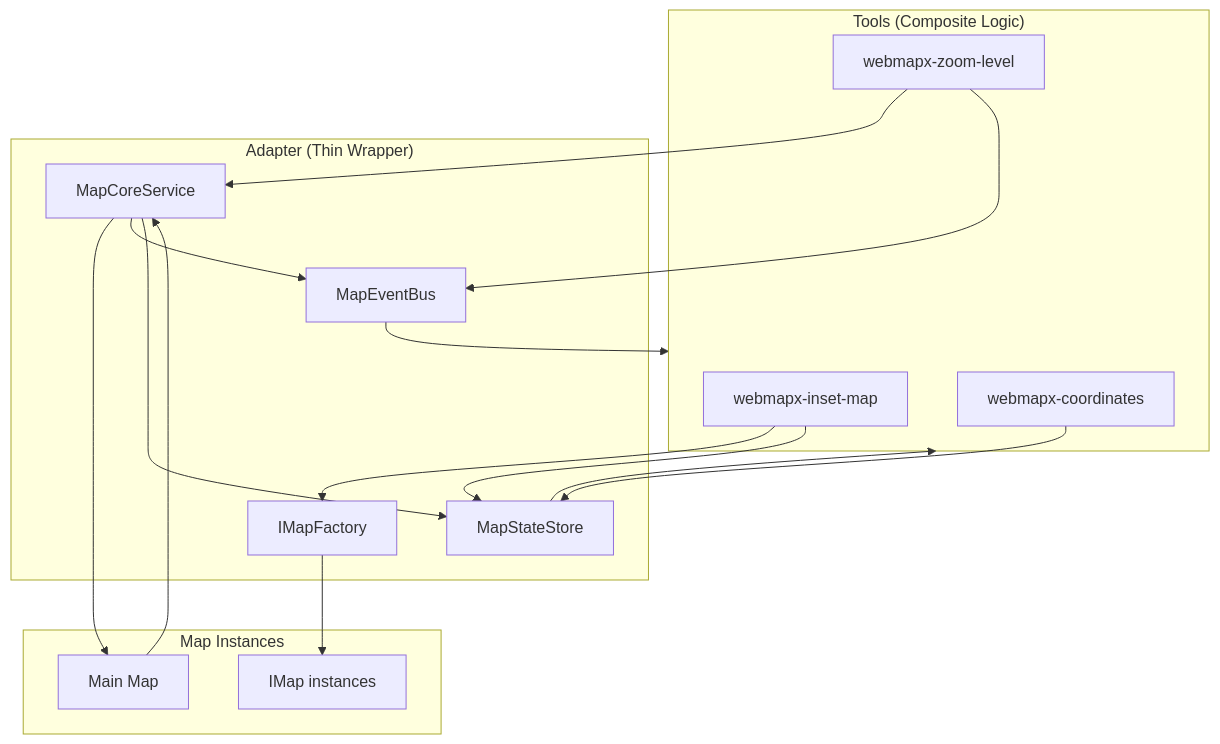
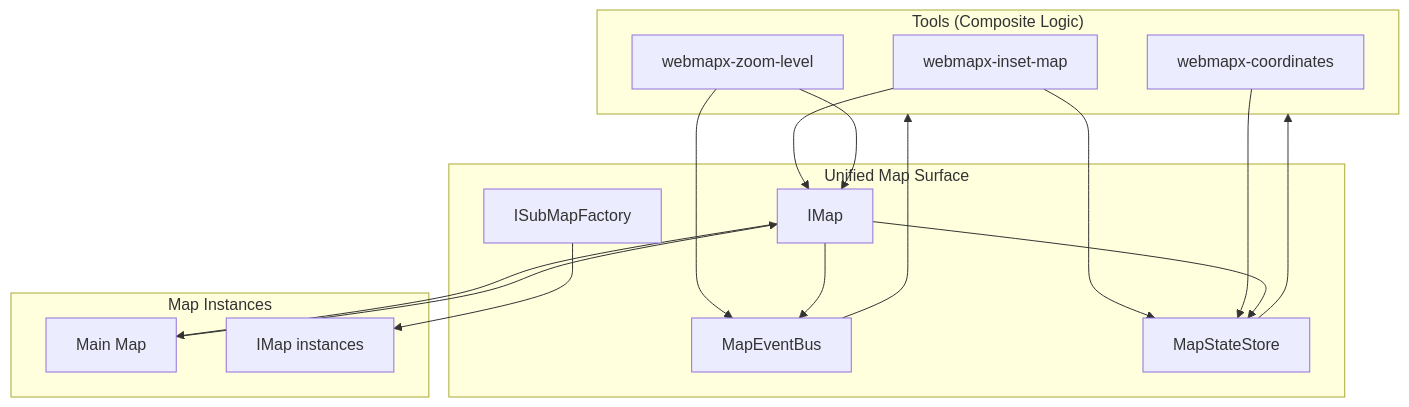
One commit to edugis-org/webmapx changed the second of 2 diagrams in docs/DEVELOPER_GUIDE.md. Above: the diagram before and after it, drawn with Mermaid. The commit also changed other lines of this file and 29 other files, not shown here.

````diff
--- a/docs/DEVELOPER_GUIDE.md
+++ b/docs/DEVELOPER_GUIDE.md
@@ -280,40 +281,40 @@
 ```mermaid
 flowchart TB
     subgraph Tools["Tools (Composite Logic)"]
         INSET["webmapx-inset-map"]
         ZOOM["webmapx-zoom-level"]
         COORDS["webmapx-coordinates"]
     end
 
-    subgraph Adapter["Adapter (Thin Wrapper)"]
-        FACTORY["IMapFactory"]
-        CORE["MapCoreService"]
+    subgraph Adapter["Unified Map Surface"]
+      MAINMAP["IMap"]
+      FACTORY["ISubMapFactory"]
         EVENTS["MapEventBus"]
         STORE["MapStateStore"]
     end
 
     subgraph Maps["Map Instances"]
         MAIN["Main Map"]
         IMAP["IMap instances"]
     end
 
     %% Tools use adapter
-    INSET --> FACTORY
+    INSET --> MAINMAP
     INSET --> STORE
-    ZOOM --> CORE
+    ZOOM --> MAINMAP
     ZOOM --> EVENTS
     COORDS --> STORE
 
     %% Factory creates maps
     FACTORY --> IMAP
 
-    %% Core manages main map
-    CORE --> MAIN
-    MAIN --> CORE
+    %% Unified map manages main map
+    MAINMAP --> MAIN
+    MAIN --> MAINMAP
 
     %% Events flow
-    CORE --> EVENTS
-    CORE --> STORE
+    MAINMAP --> EVENTS
+    MAINMAP --> STORE
     EVENTS --> Tools
     STORE --> Tools
 ```
````
